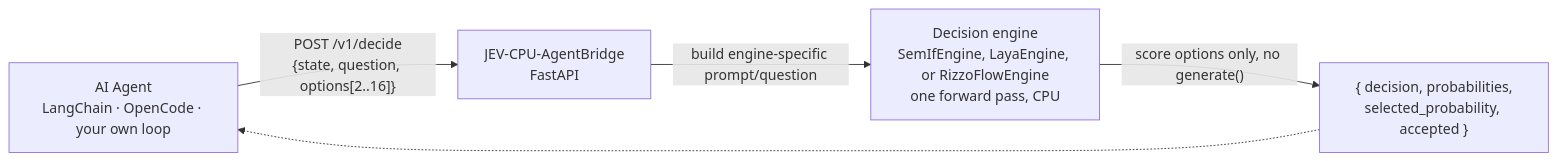
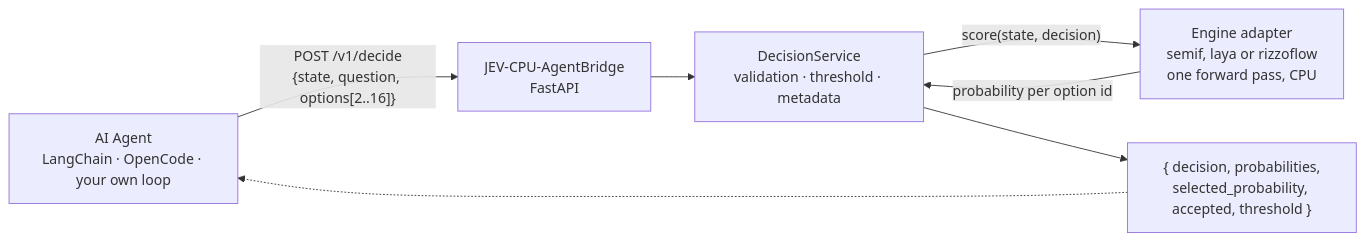
One commit to GiskardB/jev-agentbridge changed the first of 2 diagrams in README.md. Above: the diagram before and after it, drawn with Mermaid. The commit also changed other lines of this file and 51 other files, not shown here.

````diff
--- a/README.md
+++ b/README.md
@@ -33,12 +43,15 @@
 ```mermaid
 flowchart LR
     Agent["AI Agent<br/>LangChain · OpenCode · your own loop"]
     Bridge["JEV-CPU-AgentBridge<br/>FastAPI"]
-    Engine["Decision engine<br/>SemIfEngine, LayaEngine, or RizzoFlowEngine<br/>one forward pass, CPU"]
-    Result["{ decision, probabilities,<br/>selected_probability, accepted }"]
+    Service["DecisionService<br/>validation · threshold · metadata"]
+    Engine["Engine adapter<br/>semif, laya or rizzoflow<br/>one forward pass, CPU"]
+    Result["{ decision, probabilities,<br/>selected_probability, accepted, threshold }"]
 
     Agent -- "POST /v1/decide<br/>{state, question, options[2..16]}" --> Bridge
-    Bridge -- "build engine-specific prompt/question" --> Engine
-    Engine -- "score options only, no generate()" --> Result
+    Bridge --> Service
+    Service -- "score(state, decision)" --> Engine
+    Engine -- "probability per option id" --> Service
+    Service --> Result
     Result -.-> Agent
 ```
````
